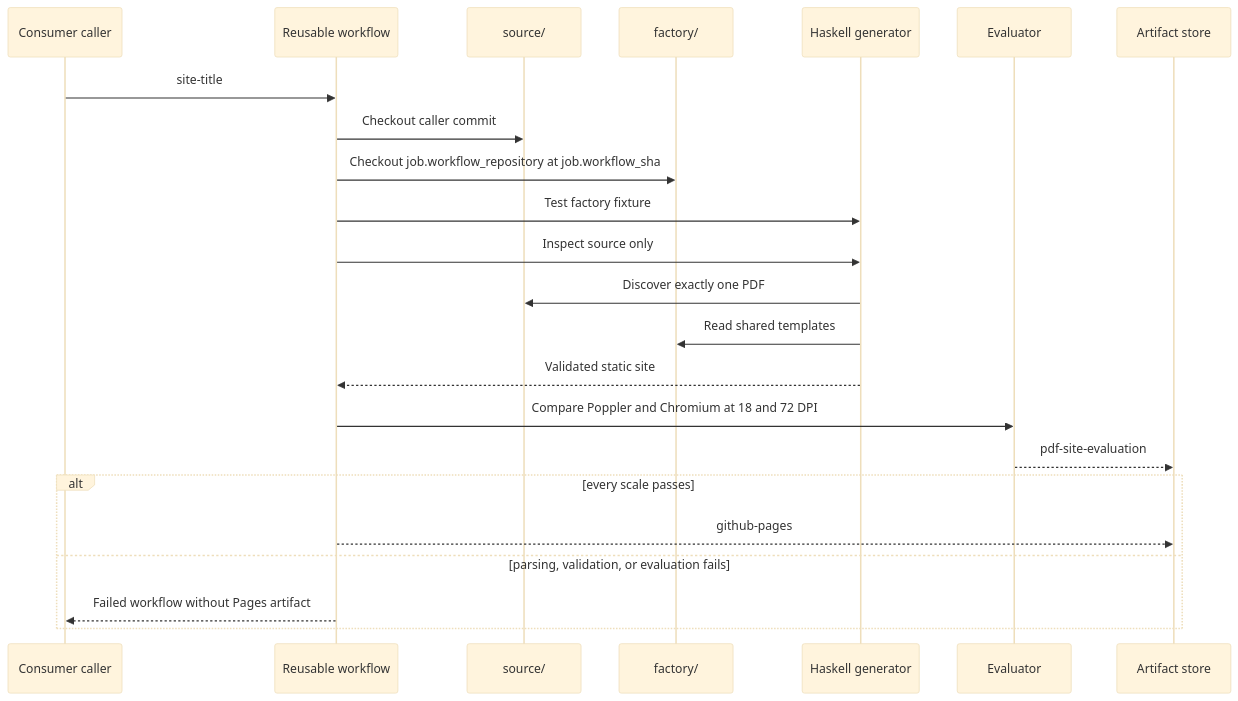
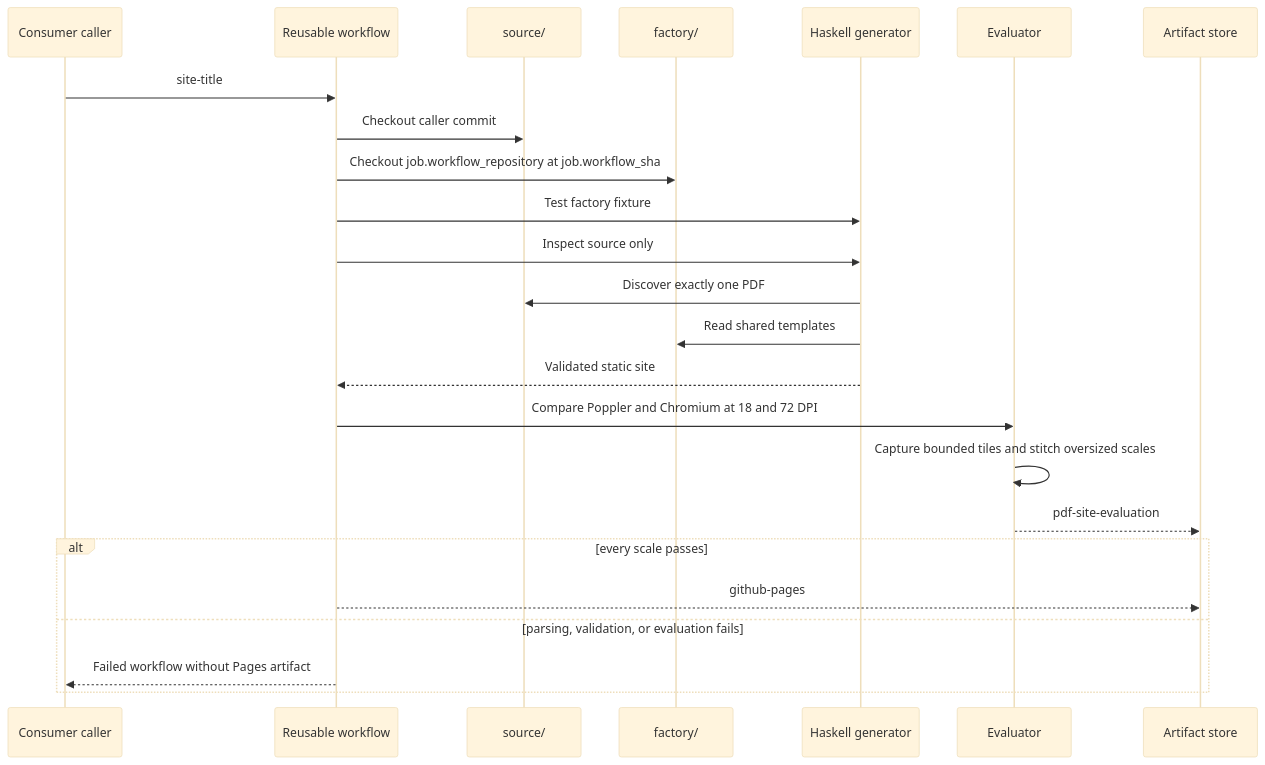
One commit to bajor/notes-website-factory changed the second of 3 diagrams in docs/architecture.md. Above: the diagram before and after it, drawn with Mermaid (base theme). The commit also changed other lines of this file and 8 other files, not shown here.

````diff
--- a/docs/architecture.md
+++ b/docs/architecture.md
@@ -44,26 +44,27 @@
 ```mermaid
 sequenceDiagram
   participant C as Consumer caller
   participant W as Reusable workflow
   participant S as source/
   participant F as factory/
   participant G as Haskell generator
   participant E as Evaluator
   participant A as Artifact store
 
   C->>W: site-title
   W->>S: Checkout caller commit
   W->>F: Checkout job.workflow_repository at job.workflow_sha
   W->>G: Test factory fixture
   W->>G: Inspect source only
   G->>S: Discover exactly one PDF
   G->>F: Read shared templates
   G-->>W: Validated static site
   W->>E: Compare Poppler and Chromium at 18 and 72 DPI
+  E->>E: Capture bounded tiles and stitch oversized scales
   E-->>A: pdf-site-evaluation
   alt every scale passes
     W-->>A: github-pages
   else parsing, validation, or evaluation fails
     W-->>C: Failed workflow without Pages artifact
   end
 ```
````
